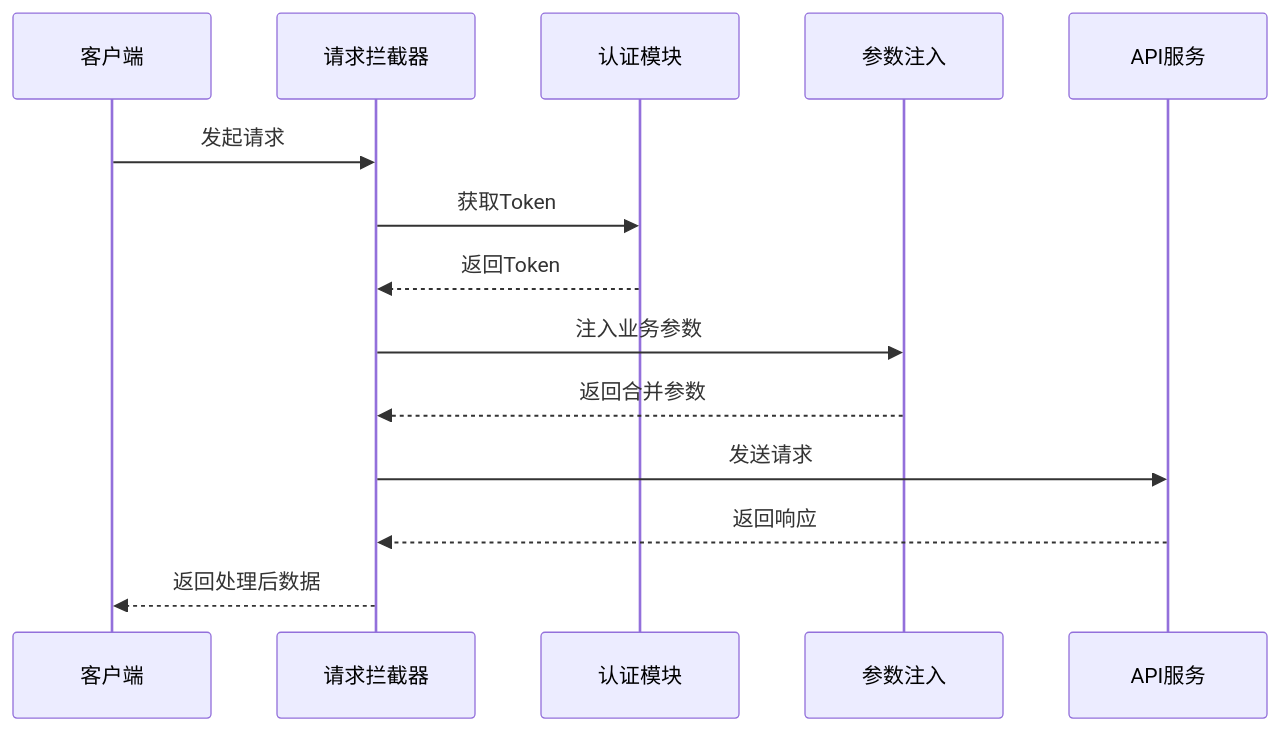
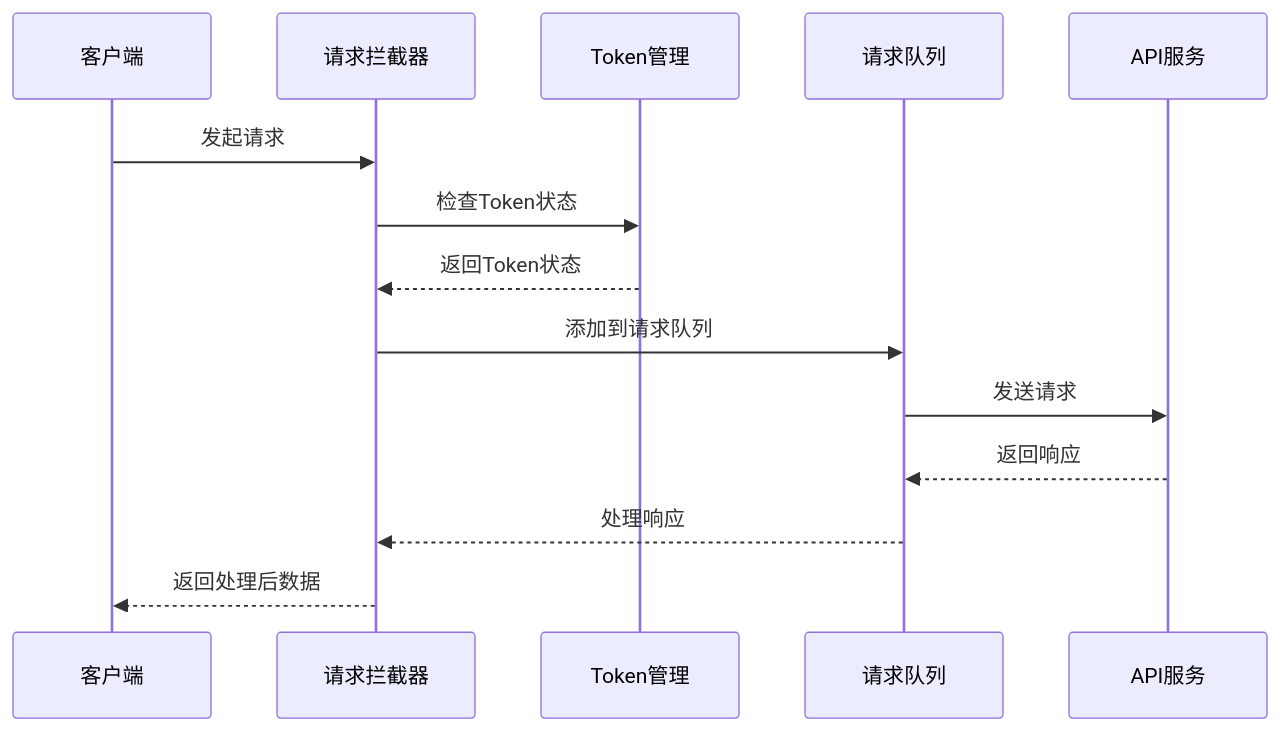
One commit to zhibo1997/government-dashboard changed the third of 14 diagrams in .qoder/repowiki/zh/content/API集成/API集成.md. Above: the diagram before and after it, drawn with Mermaid. The commit also changed other lines of this file and 28 other files, not shown here.

````diff
--- a/.qoder/repowiki/zh/content/API集成/API集成.md
+++ b/.qoder/repowiki/zh/content/API集成/API集成.md
@@ -112,16 +123,16 @@
 ```mermaid
 sequenceDiagram
 participant Client as 客户端
 participant Interceptor as 请求拦截器
-participant Auth as 认证模块
-participant Params as 参数注入
+participant Token as Token管理
+participant Queue as 请求队列
 participant API as API服务
 Client->>Interceptor : 发起请求
-Interceptor->>Auth : 获取Token
-Auth-->>Interceptor : 返回Token
-Interceptor->>Params : 注入业务参数
-Params-->>Interceptor : 返回合并参数
-Interceptor->>API : 发送请求
-API-->>Interceptor : 返回响应
+Interceptor->>Token : 检查Token状态
+Token-->>Interceptor : 返回Token状态
+Interceptor->>Queue : 添加到请求队列
+Queue->>API : 发送请求
+API-->>Queue : 返回响应
+Queue-->>Interceptor : 处理响应
 Interceptor-->>Client : 返回处理后数据
 ```
````
